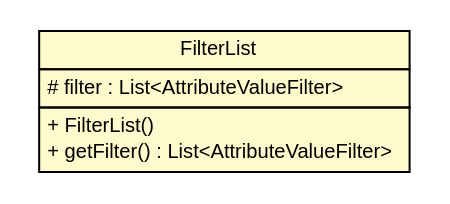
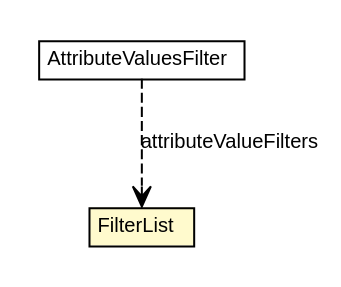
One commit to MinELenI/CBSviewer changed the diagram in apidocs/nl/mineleni/cbsviewer/servlet/wms/xml/FilterList.dot. Above: the diagram before and after it, drawn with Graphviz. The commit also changed 1016 other files, not shown here.

```diff
--- a/apidocs/nl/mineleni/cbsviewer/servlet/wms/xml/FilterList.dot
+++ b/apidocs/nl/mineleni/cbsviewer/servlet/wms/xml/FilterList.dot
@@ -1,25 +1,26 @@
 #!/usr/local/bin/dot
 #
 # Class diagram 
-# Generated by UMLGraph version R5_6 (http://www.umlgraph.org/)
+# Generated by UMLGraph version R5_6-24-gf6e263 (http://www.umlgraph.org/)
 #
 
 digraph G {
 	edge [fontname="arial",fontsize=10,labelfontname="arial",labelfontsize=10];
 	node [fontname="arial",fontsize=10,shape=plaintext];
 	nodesep=0.25;
 	ranksep=0.5;
+	// nl.mineleni.cbsviewer.servlet.wms.AttributeValuesFilter
+	c2065 [label=<<table title="nl.mineleni.cbsviewer.servlet.wms.AttributeValuesFilter" border="0" cellborder="1" cellspacing="0" cellpadding="2" port="p" href="../AttributeValuesFilter.html">
+		<tr><td><table border="0" cellspacing="0" cellpadding="1">
+<tr><td align="center" balign="center"> AttributeValuesFilter </td></tr>
+		</table></td></tr>
+		</table>>, URL="../AttributeValuesFilter.html", fontname="arial", fontcolor="black", fontsize=10.0];
 	// nl.mineleni.cbsviewer.servlet.wms.xml.FilterList
-	c1522 [label=<<table title="nl.mineleni.cbsviewer.servlet.wms.xml.FilterList" border="0" cellborder="1" cellspacing="0" cellpadding="2" port="p" bgcolor="lemonChiffon" href="./FilterList.html">
+	c2076 [label=<<table title="nl.mineleni.cbsviewer.servlet.wms.xml.FilterList" border="0" cellborder="1" cellspacing="0" cellpadding="2" port="p" bgcolor="lemonChiffon" href="./FilterList.html">
 		<tr><td><table border="0" cellspacing="0" cellpadding="1">
 <tr><td align="center" balign="center"> FilterList </td></tr>
 		</table></td></tr>
-		<tr><td><table border="0" cellspacing="0" cellpadding="1">
-<tr><td align="left" balign="left"> # filter : List&lt;AttributeValueFilter&gt; </td></tr>
-		</table></td></tr>
-		<tr><td><table border="0" cellspacing="0" cellpadding="1">
-<tr><td align="left" balign="left"> + FilterList() </td></tr>
-<tr><td align="left" balign="left"> + getFilter() : List&lt;AttributeValueFilter&gt; </td></tr>
-		</table></td></tr>
 		</table>>, URL="./FilterList.html", fontname="arial", fontcolor="black", fontsize=10.0];
+	// nl.mineleni.cbsviewer.servlet.wms.AttributeValuesFilter DEPEND nl.mineleni.cbsviewer.servlet.wms.xml.FilterList
+	c2065:p -> c2076:p [taillabel="", label="attributeValueFilters", headlabel="", fontname="arial", fontcolor="black", fontsize=10.0, color="black", arrowhead=open, style=dashed];
 }
```
